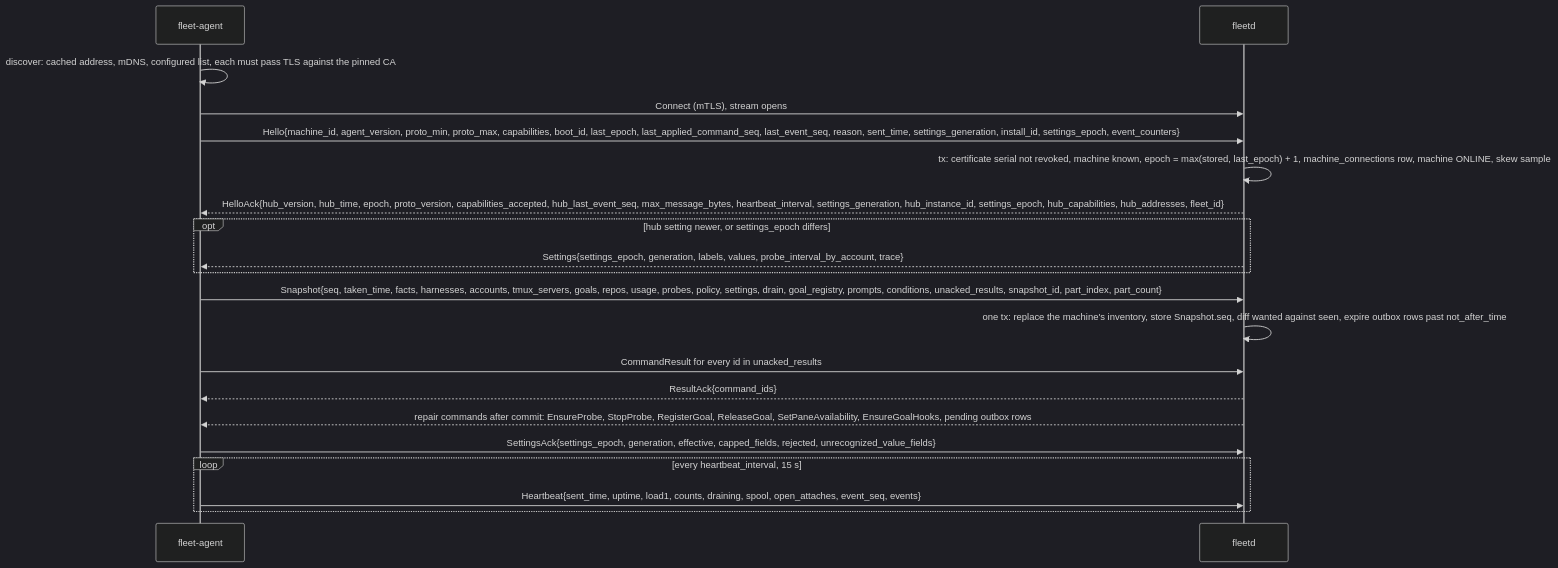
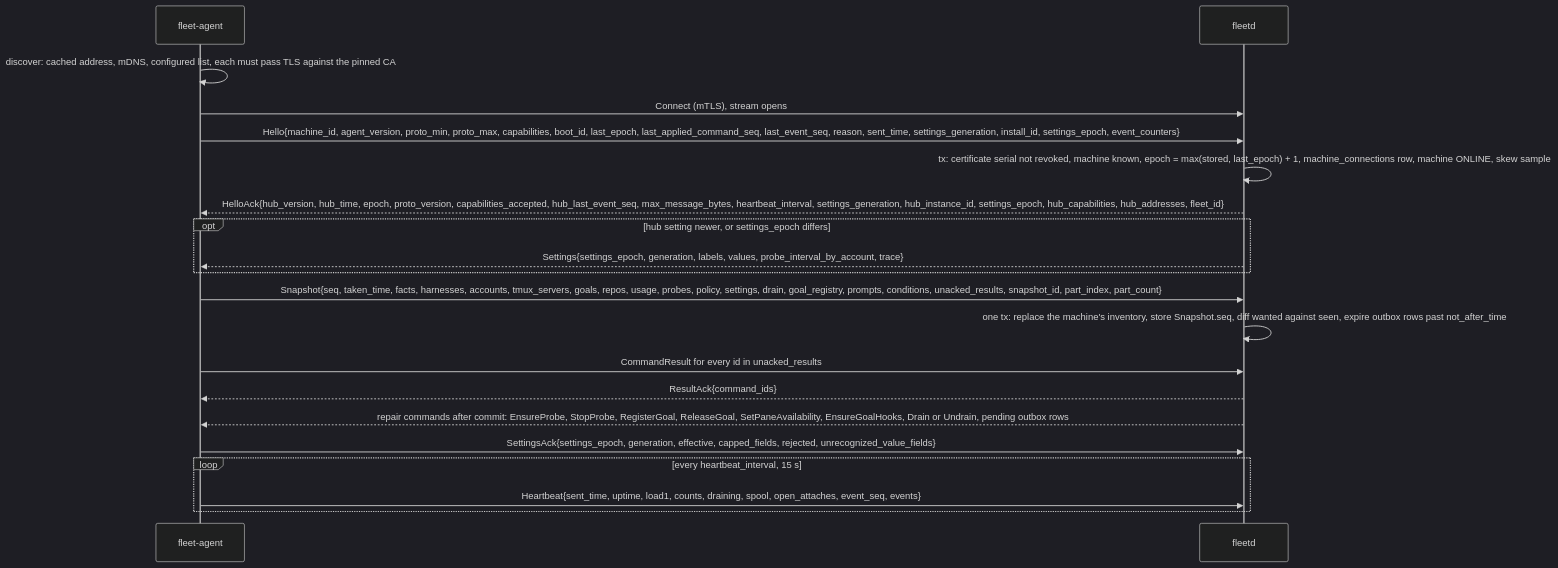
One commit to linuxdynasty/fleet-board changed the third of 5 diagrams in docs/flows/agent-hub.md. Above: the diagram before and after it, drawn with Mermaid (dark theme). The commit also changed other lines of this file and 48 other files, not shown here.

````diff
--- a/docs/flows/agent-hub.md
+++ b/docs/flows/agent-hub.md
@@ -233,22 +233,22 @@
 ```mermaid
 sequenceDiagram
   participant A as fleet-agent
   participant H as fleetd
   A->>A: discover: cached address, mDNS, configured list, each must pass TLS against the pinned CA
   A->>H: Connect (mTLS), stream opens
   A->>H: Hello{machine_id, agent_version, proto_min, proto_max, capabilities, boot_id, last_epoch, last_applied_command_seq, last_event_seq, reason, sent_time, settings_generation, install_id, settings_epoch, event_counters}
   H->>H: tx: certificate serial not revoked, machine known, epoch = max(stored, last_epoch) + 1, machine_connections row, machine ONLINE, skew sample
   H-->>A: HelloAck{hub_version, hub_time, epoch, proto_version, capabilities_accepted, hub_last_event_seq, max_message_bytes, heartbeat_interval, settings_generation, hub_instance_id, settings_epoch, hub_capabilities, hub_addresses, fleet_id}
   opt hub setting newer, or settings_epoch differs
     H-->>A: Settings{settings_epoch, generation, labels, values, probe_interval_by_account, trace}
   end
   A->>H: Snapshot{seq, taken_time, facts, harnesses, accounts, tmux_servers, goals, repos, usage, probes, policy, settings, drain, goal_registry, prompts, conditions, unacked_results, snapshot_id, part_index, part_count}
   H->>H: one tx: replace the machine's inventory, store Snapshot.seq, diff wanted against seen, expire outbox rows past not_after_time
   A->>H: CommandResult for every id in unacked_results
   H-->>A: ResultAck{command_ids}
-  H-->>A: repair commands after commit: EnsureProbe, StopProbe, RegisterGoal, ReleaseGoal, SetPaneAvailability, EnsureGoalHooks, pending outbox rows
+  H-->>A: repair commands after commit: EnsureProbe, StopProbe, RegisterGoal, ReleaseGoal, SetPaneAvailability, EnsureGoalHooks, Drain or Undrain, pending outbox rows
   A->>H: SettingsAck{settings_epoch, generation, effective, capped_fields, rejected, unrecognized_value_fields}
   loop every heartbeat_interval, 15 s
     A->>H: Heartbeat{sent_time, uptime, load1, counts, draining, spool, open_attaches, event_seq, events}
   end
 ```
````
